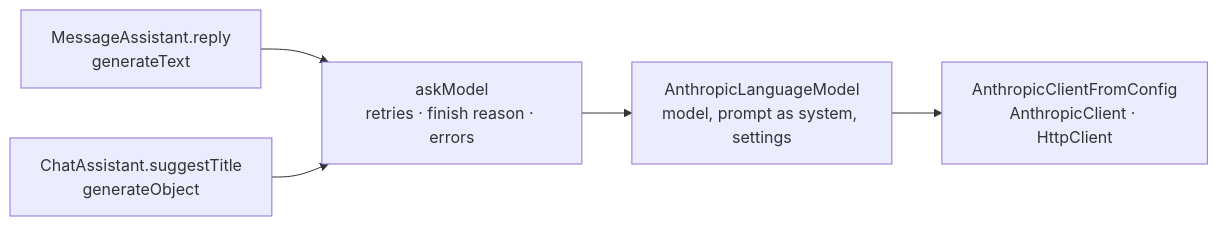
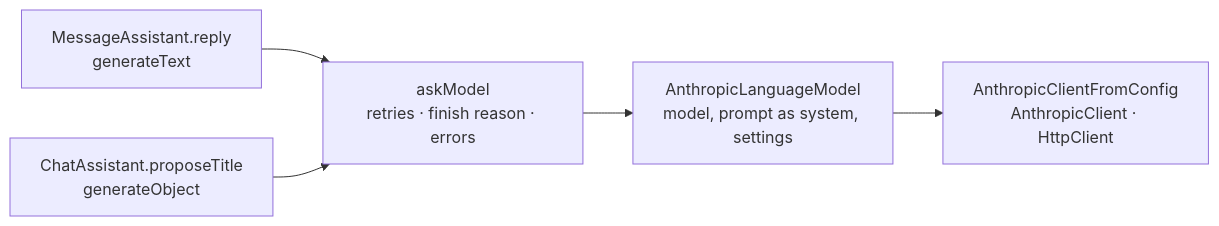
One commit to khotei/app-template changed the diagram in docs/knowledge/ai.md. Above: the diagram before and after it, drawn with Mermaid. The commit also changed other lines of this file and 22 other files, not shown here.

First line of the commit message:
:recycle: refactor(chat): Say ask, newest and propose as the glossary

````diff
--- a/docs/knowledge/ai.md
+++ b/docs/knowledge/ai.md
@@ -22,7 +22,7 @@
 ```mermaid
 graph LR
   M["MessageAssistant.reply<br/>generateText"] --> R["askModel<br/>retries · finish reason · errors"]
-  T["ChatAssistant.suggestTitle<br/>generateObject"] --> R
+  T["ChatAssistant.proposeTitle<br/>generateObject"] --> R
   R --> A["AnthropicLanguageModel<br/>model, prompt as system, settings"]
   A --> K["AnthropicClientFromConfig<br/>AnthropicClient · HttpClient"]
 ```
````
